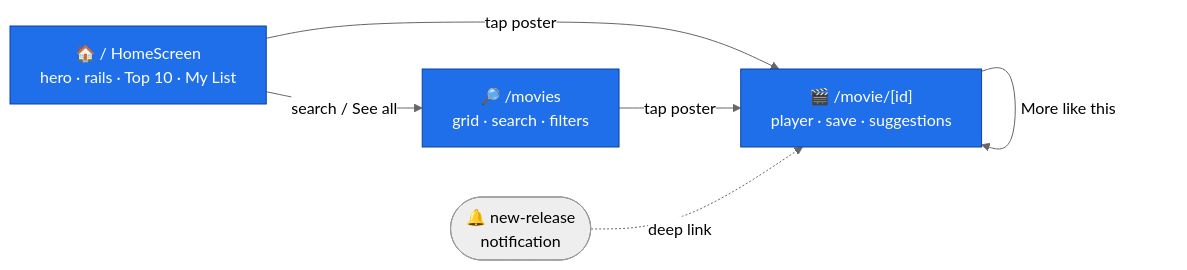
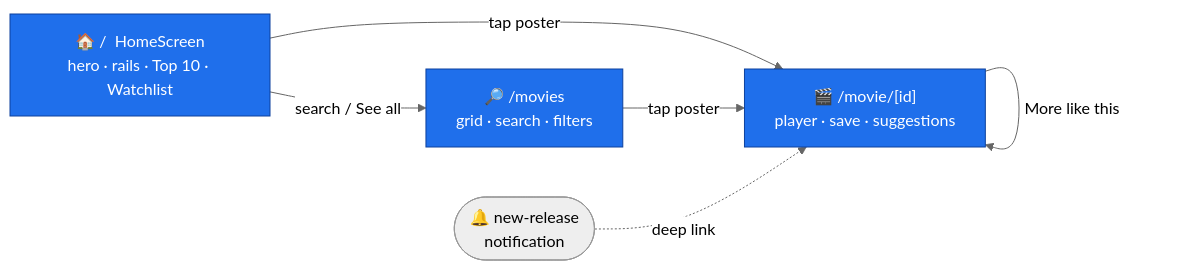
One commit to kunal26das/yify changed the first of 6 diagrams in README.md. Above: the diagram before and after it, drawn with Mermaid (neutral theme). The commit also changed other lines of this file and 11 other files, not shown here.

First line of the commit message:
Rename My List to Watchlist, and use a genuinely outlined profile glyph

````diff
--- a/README.md
+++ b/README.md
@@ -91,16 +91,16 @@
 ```mermaid
 flowchart LR
-    Home["🏠 /  HomeScreen<br/>hero · rails · Top 10 · My List"]
+    Home["🏠 /  HomeScreen<br/>hero · rails · Top 10 · Watchlist"]
     Browse["🔎 /movies<br/>grid · search · filters"]
     Detail["🎬 /movie/[id]<br/>player · save · suggestions"]
     Notif(["🔔 new-release<br/>notification"])
 
     Home -->|tap poster| Detail
     Home -->|search / See all| Browse
     Browse -->|tap poster| Detail
     Detail -->|More like this| Detail
     Notif -.deep link.-> Detail
 
     classDef s fill:#1f6feb,stroke:#0d419d,color:#fff
     class Home,Browse,Detail s
 ```
````
